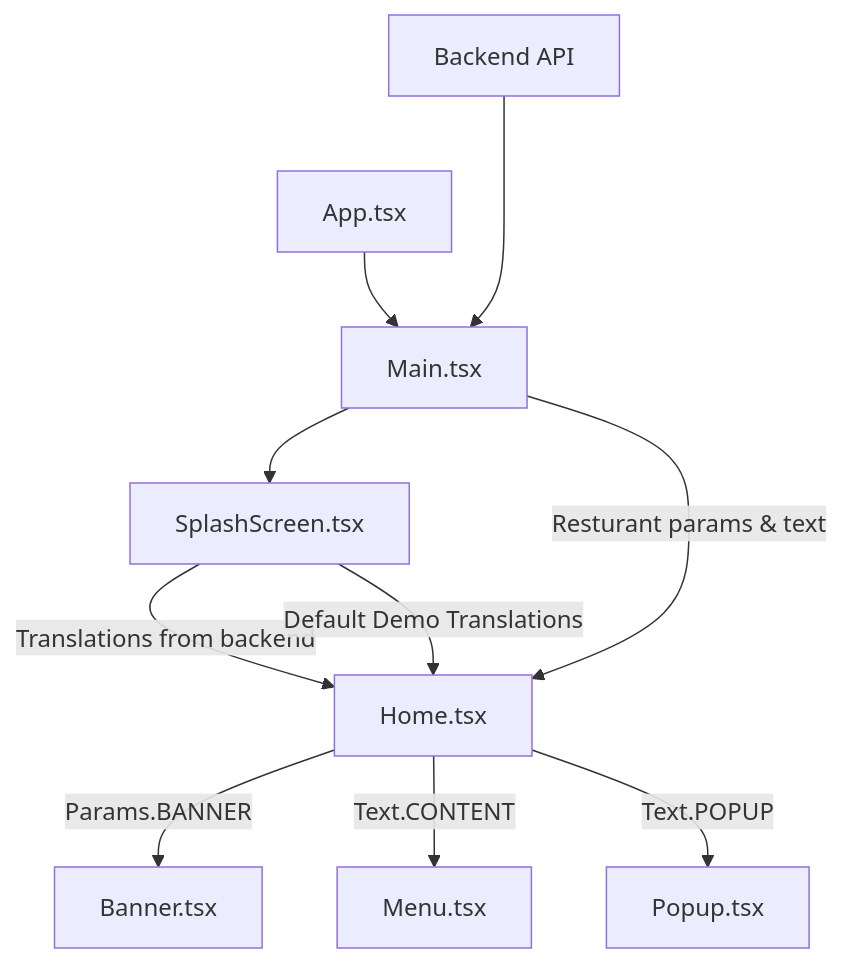
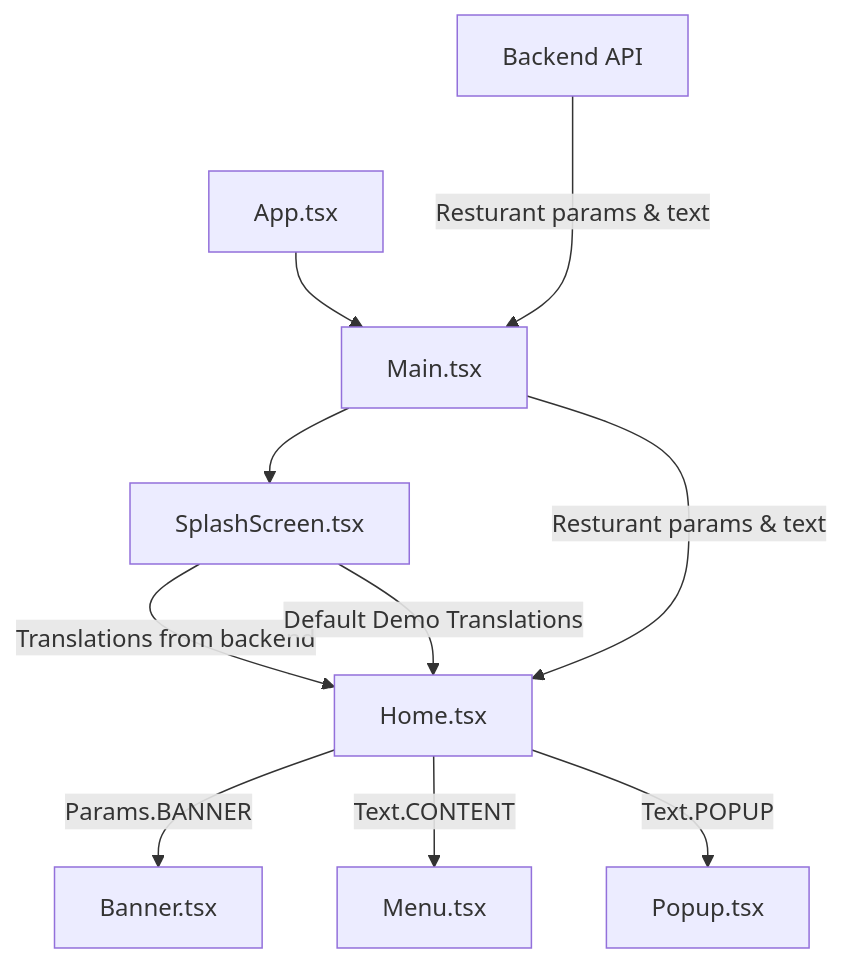
The second of 2 diagrams in README.md (jayeshkr77/POC_card), drawn with Mermaid before and after one commit. The commit also changed other lines of this file and 6 other files, not shown here.

````diff
--- a/README.md
+++ b/README.md
@@ -2,12 +9,12 @@
 ```mermaid
 flowchart TD
     A[App.tsx]-->B[Main.tsx];
-    Z[Backend API] --->B;
+    Z[Backend API] --Resturant params & text--->B;
     B-->C[SplashScreen.tsx];
     C--Translations from backend-->D[Home.tsx];
     C--Default Demo Translations-->D;
     B--Resturant params & text-->D;
     D--Params.BANNER-->E[Banner.tsx];
     D--Text.CONTENT-->F[Menu.tsx];
     D--Text.POPUP-->G[Popup.tsx]; 
 ```
````
